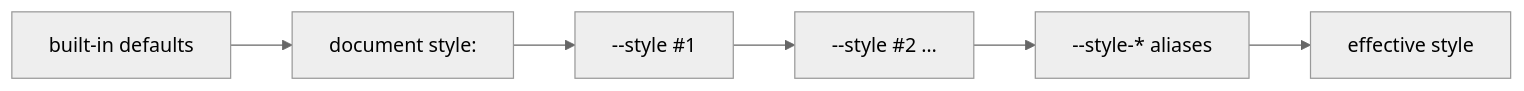
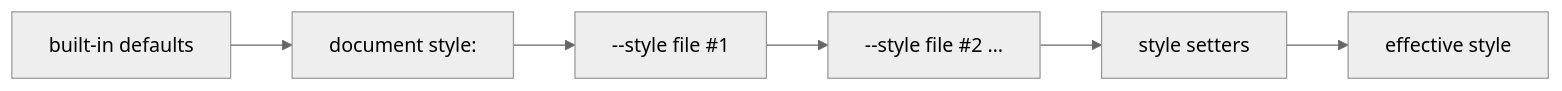
One commit to yankeeinlondon/rusty-biscuit changed the second of 2 diagrams in darkmatter/features/2026-11-05-render-surface/spec.md. Above: the diagram before and after it, drawn with Mermaid (neutral theme). The commit also changed other lines of this file, not shown here.

````diff
--- a/darkmatter/features/2026-11-05-render-surface/spec.md
+++ b/darkmatter/features/2026-11-05-render-surface/spec.md
@@ -391,8 +394,8 @@
 ```mermaid
 flowchart LR
     D["built-in defaults"] --> F["document style:"]
-    F --> S1["--style #1"]
-    S1 --> S2["--style #2 …"]
-    S2 --> A["--style-* aliases"]
+    F --> S1["--style file #1"]
+    S1 --> S2["--style file #2 …"]
+    S2 --> A["style setters"]
     A --> E["effective style"]
 ```
````
